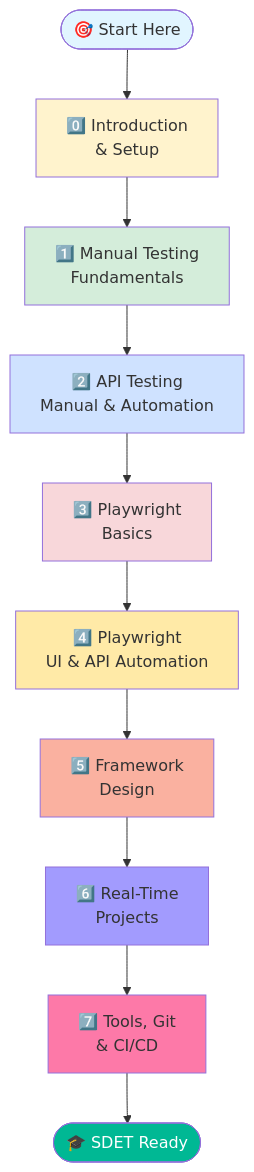
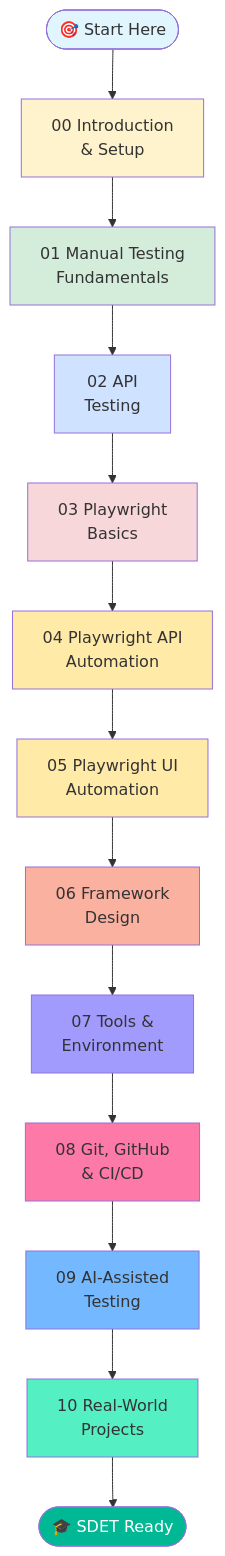
Before and after one commit to ghanendra-sdet/qa-to-sdet-roadmap: the first of 4 diagrams in 00-introduction/README.md, drawn with Mermaid. The commit also changed other lines of this file and 23 other files, not shown here.

````diff
--- a/00-introduction/README.md
+++ b/00-introduction/README.md
@@ -78,30 +79,29 @@
 ```mermaid
 graph TB
-    Start([🎯 Start Here]) --> M0[0️⃣ Introduction<br/>& Setup]
-    M0 --> M1[1️⃣ Manual Testing<br/>Fundamentals]
-    
-    M1 --> M2[2️⃣ API Testing<br/>Manual & Automation]
-    
-    M2 --> M3[3️⃣ Playwright<br/>Basics]
-    
-    M3 --> M4[4️⃣ Playwright<br/>UI & API Automation]
-    
-    M4 --> M5[5️⃣ Framework<br/>Design]
-    
-    M5 --> M6[6️⃣ Real-Time<br/>Projects]
-    
-    M6 --> M7[7️⃣ Tools, Git<br/>& CI/CD]
-    
-    M7 --> End([🎓 SDET Ready])
-    
+    Start([🎯 Start Here]) --> M0[00 Introduction<br/>& Setup]
+    M0 --> M1[01 Manual Testing<br/>Fundamentals]
+    M1 --> M2[02 API<br/>Testing]
+    M2 --> M3[03 Playwright<br/>Basics]
+    M3 --> M4[04 Playwright API<br/>Automation]
+    M4 --> M5[05 Playwright UI<br/>Automation]
+    M5 --> M6[06 Framework<br/>Design]
+    M6 --> M7[07 Tools &<br/>Environment]
+    M7 --> M8[08 Git, GitHub<br/>& CI/CD]
+    M8 --> M9[09 AI-Assisted<br/>Testing]
+    M9 --> M10[10 Real-World<br/>Projects]
+    M10 --> End([🎓 SDET Ready])
+
     style Start fill:#e1f5ff
     style M0 fill:#fff3cd
     style M1 fill:#d4edda
     style M2 fill:#cfe2ff
     style M3 fill:#f8d7da
     style M4 fill:#ffeaa7
-    style M5 fill:#fab1a0
-    style M6 fill:#a29bfe
-    style M7 fill:#fd79a8
+    style M5 fill:#ffeaa7
+    style M6 fill:#fab1a0
+    style M7 fill:#a29bfe
+    style M8 fill:#fd79a8
+    style M9 fill:#74b9ff
+    style M10 fill:#55efc4
     style End fill:#00b894,color:#fff
 ```
````
